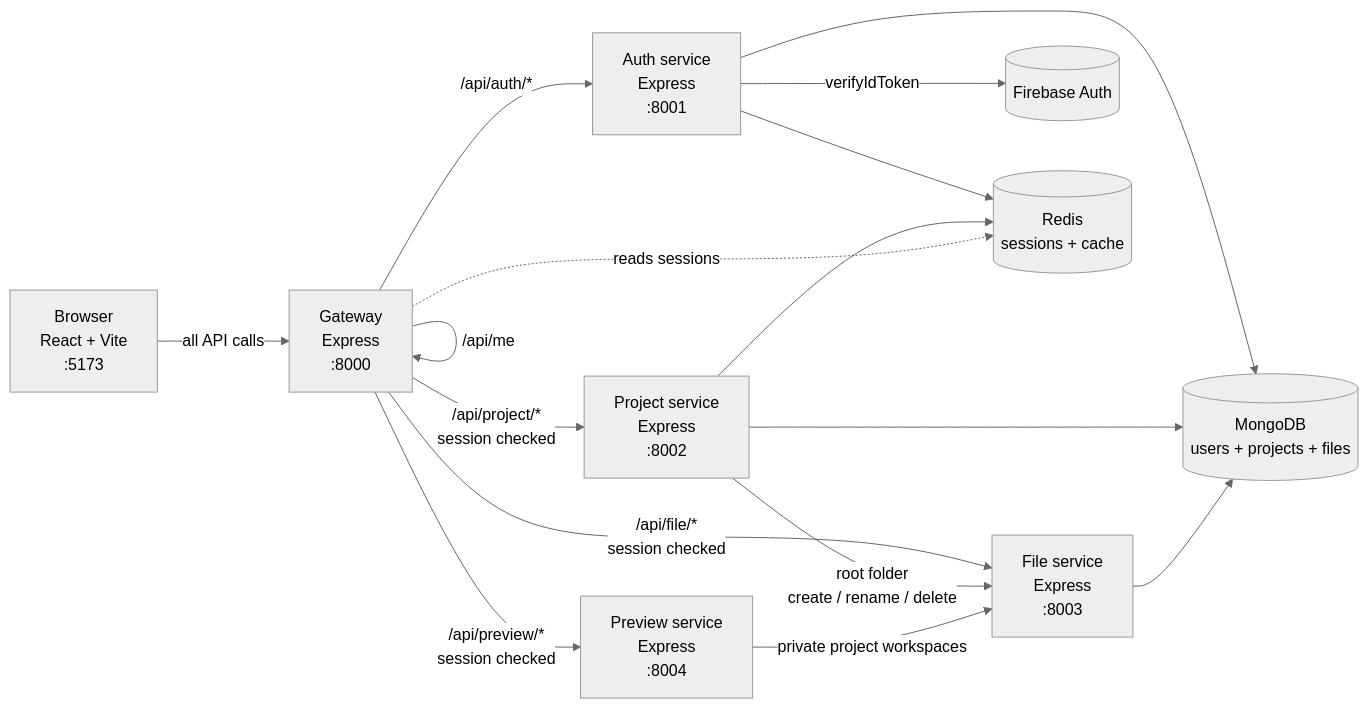
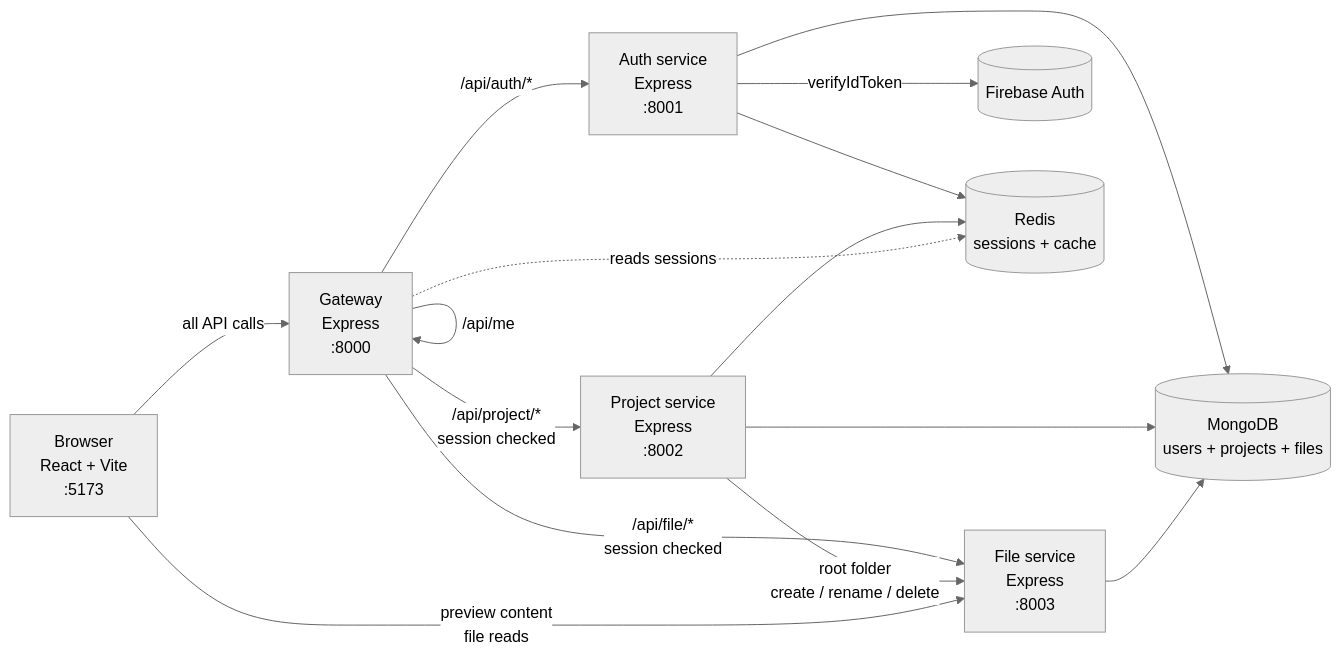
Before and after one commit to yamanhassan1/NexPulse: the diagram in README.md, drawn with Mermaid (neutral theme). The commit also changed other lines of this file and 57 other files, not shown here.

````diff
--- a/README.md
+++ b/README.md
@@ -53,28 +52,26 @@
 ```mermaid
 flowchart LR
     B["Browser<br>React + Vite<br>:5173"]
     G["Gateway<br>Express<br>:8000"]
     A["Auth service<br>Express<br>:8001"]
     P["Project service<br>Express<br>:8002"]
     FS["File service<br>Express<br>:8003"]
-    PV["Preview service<br>Express<br>:8004"]
     F[("Firebase Auth")]
     M[("MongoDB<br>users + projects + files")]
     R[("Redis<br>sessions + cache")]
 
     B -->|"all API calls"| G
     G -->|"/api/auth/*"| A
     G -->|"/api/project/*<br>session checked"| P
     G -->|"/api/file/*<br>session checked"| FS
-    G -->|"/api/preview/*<br>session checked"| PV
     G -->|"/api/me"| G
     A -->|"verifyIdToken"| F
     A --> M
     A --> R
     P --> M
     P --> R
     P -->|"root folder<br>create / rename / delete"| FS
     FS --> M
-    PV -->|"private project workspaces"| FS
+    B -->|"preview content<br>file reads"| FS
     G -.->|"reads sessions"| R
 ```
````
